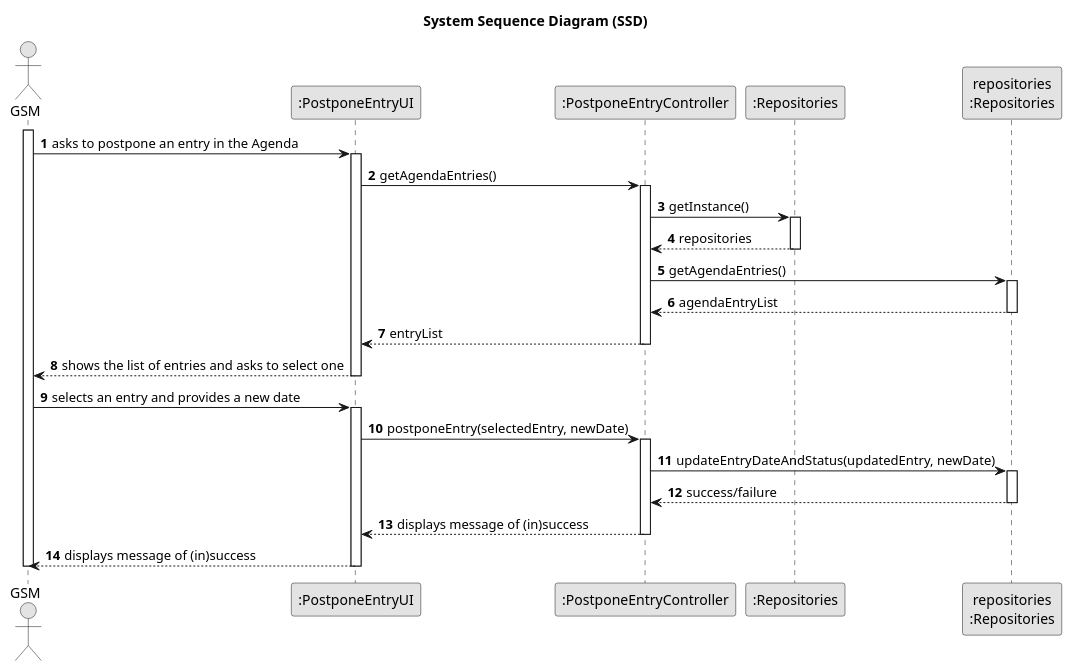
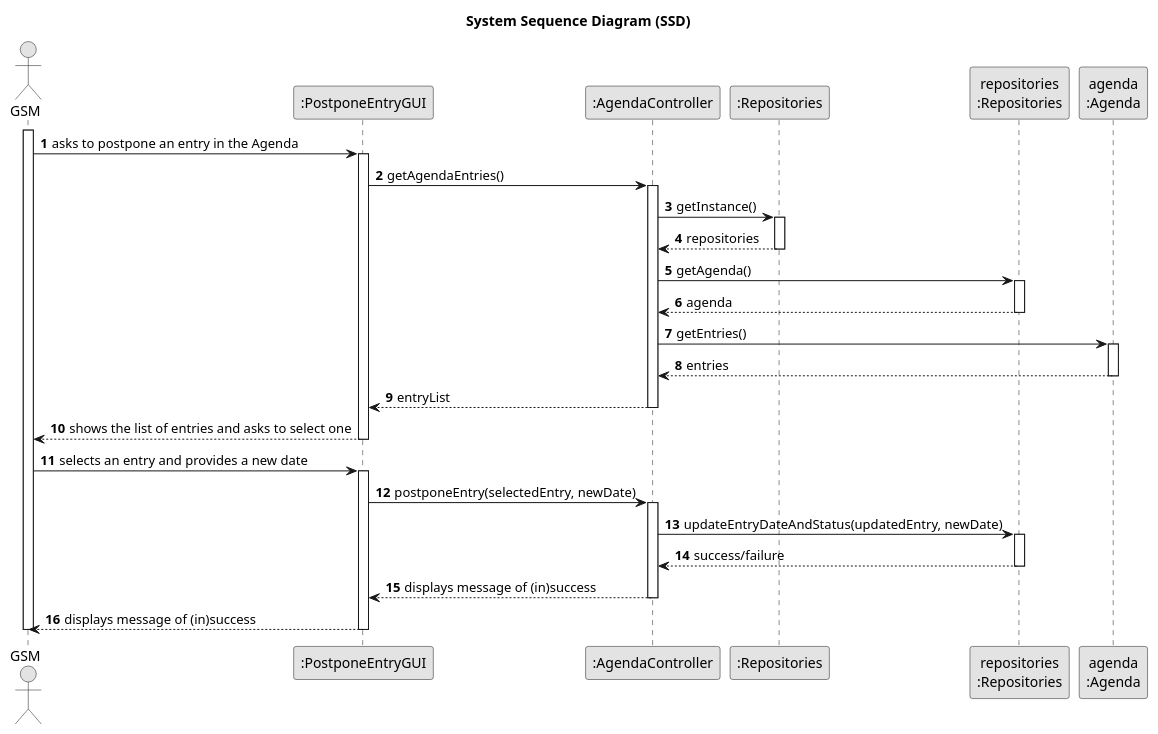
Before and after one commit to RicardoMorim/lapr2-ISEP-Project: the diagram in docs/sprintC/us024/03.design/puml/us024-sequence-diagram.puml, drawn with PlantUML. The commit also changed 11 other files, not shown here.

```diff
--- a/docs/sprintC/us024/03.design/puml/us024-sequence-diagram.puml
+++ b/docs/sprintC/us024/03.design/puml/us024-sequence-diagram.puml
@@ -1,62 +1,69 @@
 @startuml
 skinparam monochrome true
 skinparam packageStyle rectangle
 skinparam shadowing false
 
 title System Sequence Diagram (SSD)
 
 autonumber
 
 actor "GSM" as Employee
-participant ":PostponeEntryUI" as UI
-participant ":PostponeEntryController" as CTRL
+participant ":PostponeEntryGUI" as UI
+participant ":AgendaController" as CTRL
 participant ":Repositories" as RepositorySingleton
 participant "repositories\n:Repositories" as AgendaRepo
+participant "agenda\n:Agenda" as AGR
 
 activate Employee
 
     Employee -> UI : asks to postpone an entry in the Agenda
     activate UI
 
         UI -> CTRL : getAgendaEntries()
         activate CTRL
 
             CTRL -> RepositorySingleton : getInstance()
             activate RepositorySingleton
 
                 RepositorySingleton --> CTRL: repositories
             deactivate RepositorySingleton
 
-            CTRL -> AgendaRepo : getAgendaEntries()
+            CTRL -> AgendaRepo : getAgenda()
             activate AgendaRepo
 
-                AgendaRepo --> CTRL : agendaEntryList
+                AgendaRepo --> CTRL : agenda
             deactivate AgendaRepo
+
+             CTRL -> AGR : getEntries()
+                activate AGR
+
+            AGR --> CTRL : entries
+                deactivate AGR
 
             CTRL --> UI : entryList
         deactivate CTRL
 
         UI --> Employee : shows the list of entries and asks to select one
     deactivate UI
 
     Employee -> UI : selects an entry and provides a new date
     activate UI
 
         UI -> CTRL : postponeEntry(selectedEntry, newDate)
         activate CTRL
 
             CTRL -> AgendaRepo : updateEntryDateAndStatus(updatedEntry, newDate)
             activate AgendaRepo
 
                 AgendaRepo --> CTRL : success/failure
             deactivate AgendaRepo
 
             CTRL --> UI : displays message of (in)success
         deactivate CTRL
 
         UI --> Employee : displays message of (in)success
     deactivate UI
 
 deactivate Employee
 
 @enduml
```
